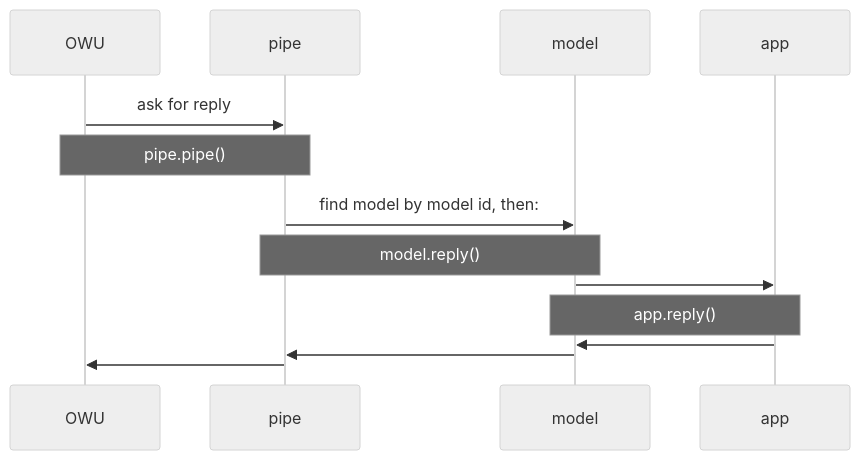
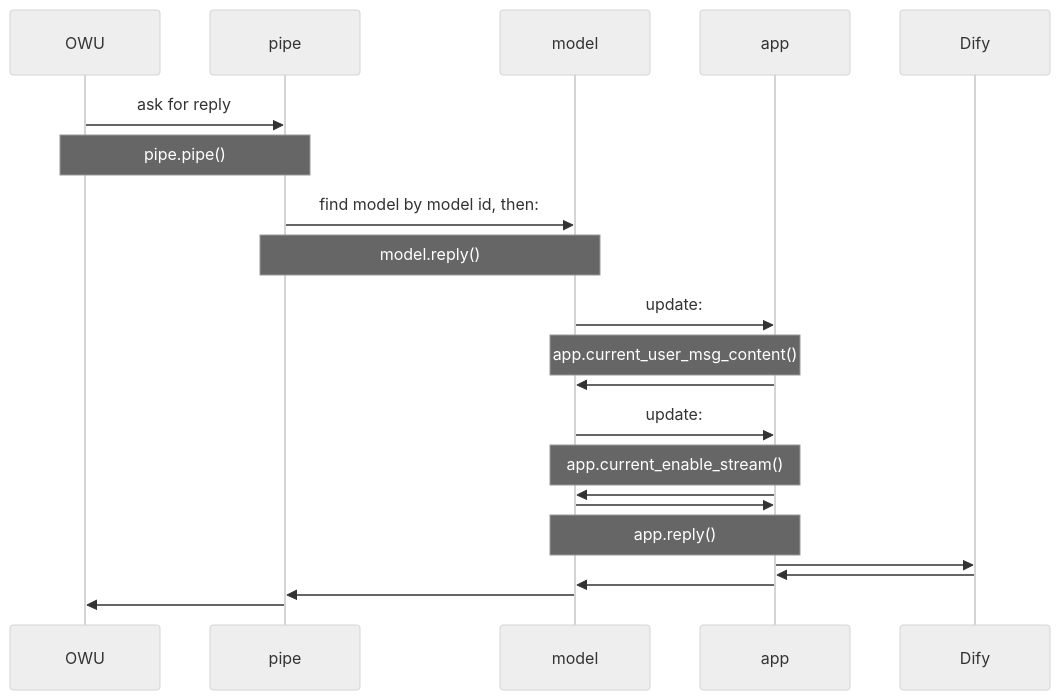
One commit to kami-lel/dify-open-webui-adapter changed the fourth of 4 diagrams in README.md. Above: the diagram before and after it, drawn with Mermaid (neutral theme).

Commit message:
Remove TODO comment from reply sequence diagram in README
#`README.md`

````diff
--- a/README.md
+++ b/README.md
@@ -216,15 +214,26 @@
 ```mermaid
 sequenceDiagram
     OWU->>pipe: ask for reply
     note over OWU,pipe: pipe.pipe()
 
     pipe->>model: find model by model id, then:
     note over pipe,model: model.reply()
 
+    model->>app: update:
+    note over model,app: app.current_user_msg_content()
+    app->>model:
+
+    model->>app: update:
+    note over model,app: app.current_enable_stream()
+    app->>model:
+
     model->>app:
     note over model,app: app.reply()
+
+    app->>Dify:
+    Dify->>app:
 
     app->>model:
     model->>pipe:
     pipe->>OWU:
 ```
````
